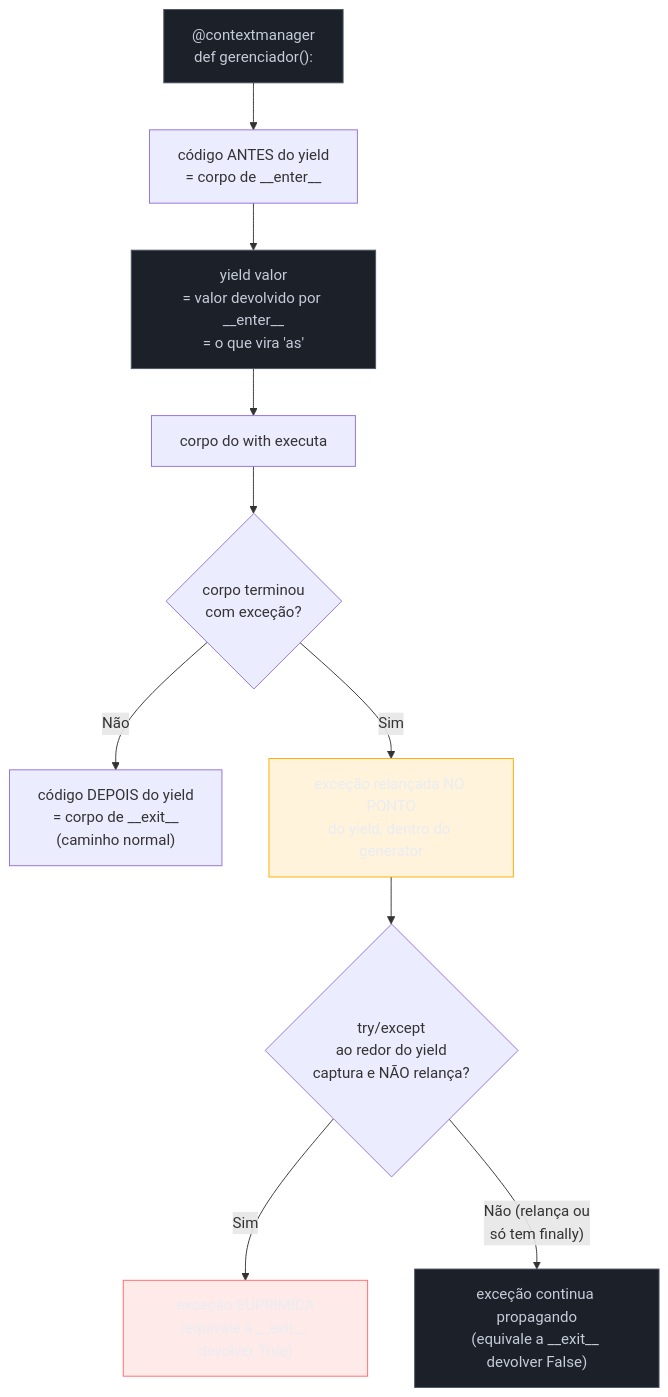
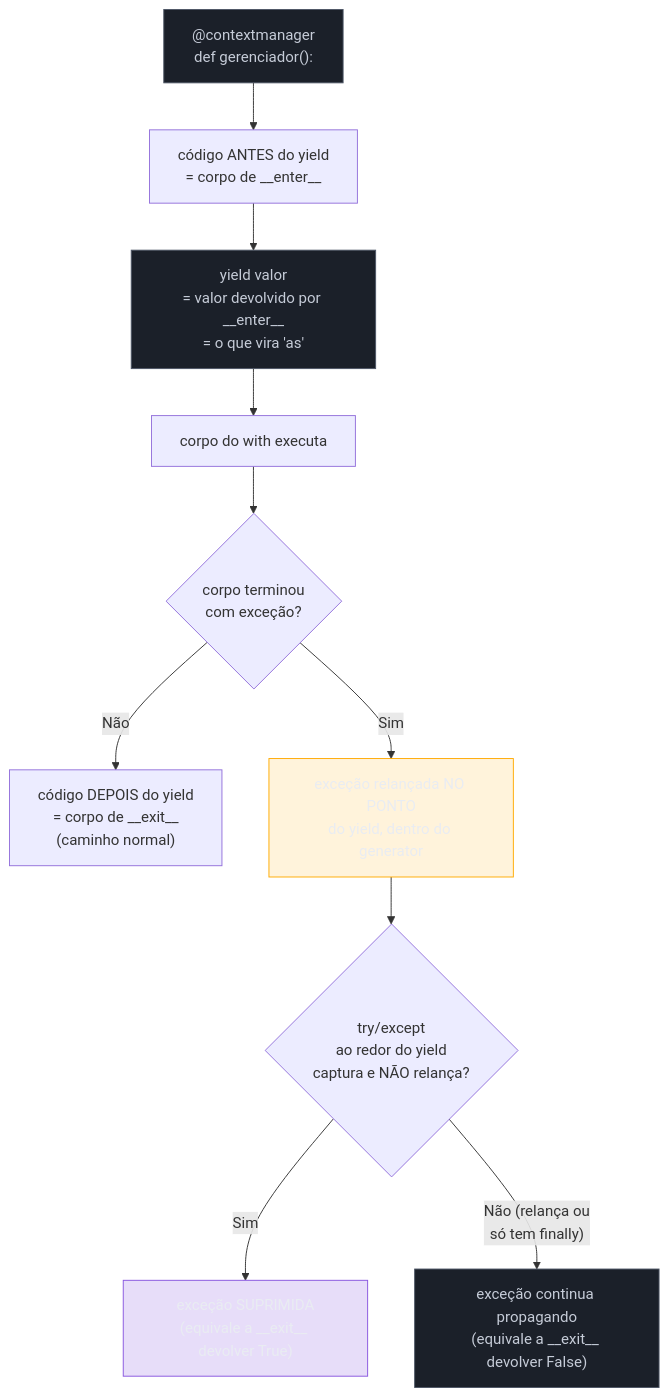
The first of 2 diagrams in 03-Dominios/Tecnologia/Python/Funcional e idiomas avançados/08 - Context managers via generator.md (josenaldo/codex-technomanticus), drawn with Mermaid before and after one commit. The commit also changed 601 other files, not shown here.

````diff
--- a/03-Dominios/Tecnologia/Python/Funcional e idiomas avançados/08 - Context managers via generator.md
+++ b/03-Dominios/Tecnologia/Python/Funcional e idiomas avançados/08 - Context managers via generator.md
@@ -118,21 +118,21 @@
 ```mermaid
 flowchart TB
+    classDef marca fill:#8855DF33,stroke:#8855DF,color:#E9ECF2
     classDef neutro fill:#1B2029,stroke:#4E5666,color:#C6CCD8
     classDef destaque fill:#FFAA0024,stroke:#FFAA00,color:#E9ECF2
-    classDef falha fill:#FF6B6B24,stroke:#FF6B6B,color:#E9ECF2
     A["@contextmanager\ndef gerenciador():"] --> B["código ANTES do yield\n= corpo de __enter__"]
     B --> C["yield valor\n= valor devolvido por __enter__\n= o que vira 'as'"]
     C --> D["corpo do with executa"]
     D --> E{"corpo terminou\ncom exceção?"}
     E -- "Não" --> F["código DEPOIS do yield\n= corpo de __exit__\n(caminho normal)"]
     E -- "Sim" --> G["exceção relançada NO PONTO\ndo yield, dentro do generator"]
     G --> H{"try/except\nao redor do yield\ncaptura e NÃO relança?"}
     H -- "Sim" --> I["exceção SUPRIMIDA\n(equivale a __exit__ devolver True)"]
     H -- "Não (relança ou\nsó tem finally)" --> J["exceção continua propagando\n(equivale a __exit__ devolver False)"]
 
     class A neutro
     class C neutro
     class G destaque
-    class I falha
+    class I marca
     class J neutro
 ```
````
